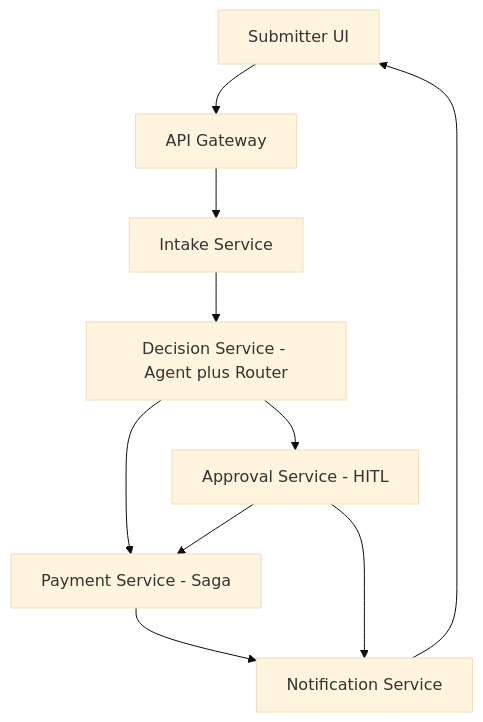
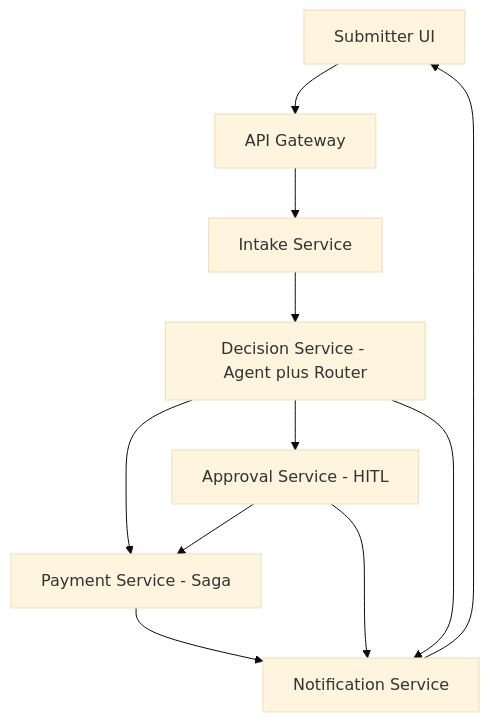
The first of 3 diagrams in ARCHITECTURE.md (miryamizadka/invoice-approval-workflow), drawn with Mermaid (base theme) before and after one commit. The commit also changed other lines of this file and 29 other files, not shown here.

First line of the commit message:
Add Notification Service + fix Intake decision.completed handling (#12)

````diff
--- a/ARCHITECTURE.md
+++ b/ARCHITECTURE.md
@@ -12,12 +12,13 @@
 ```mermaid 
     flowchart TD
     UI[Submitter UI] --> GW[API Gateway]
     GW --> IN[Intake Service]
     IN --> DEC[Decision Service - Agent plus Router]
     DEC --> PAY[Payment Service - Saga]
     DEC --> APP[Approval Service - HITL]
+    DEC --> NOT[Notification Service]
     APP --> PAY
-    PAY --> NOT[Notification Service]
     APP --> NOT
+    PAY --> NOT
     NOT --> UI
 ```
````
